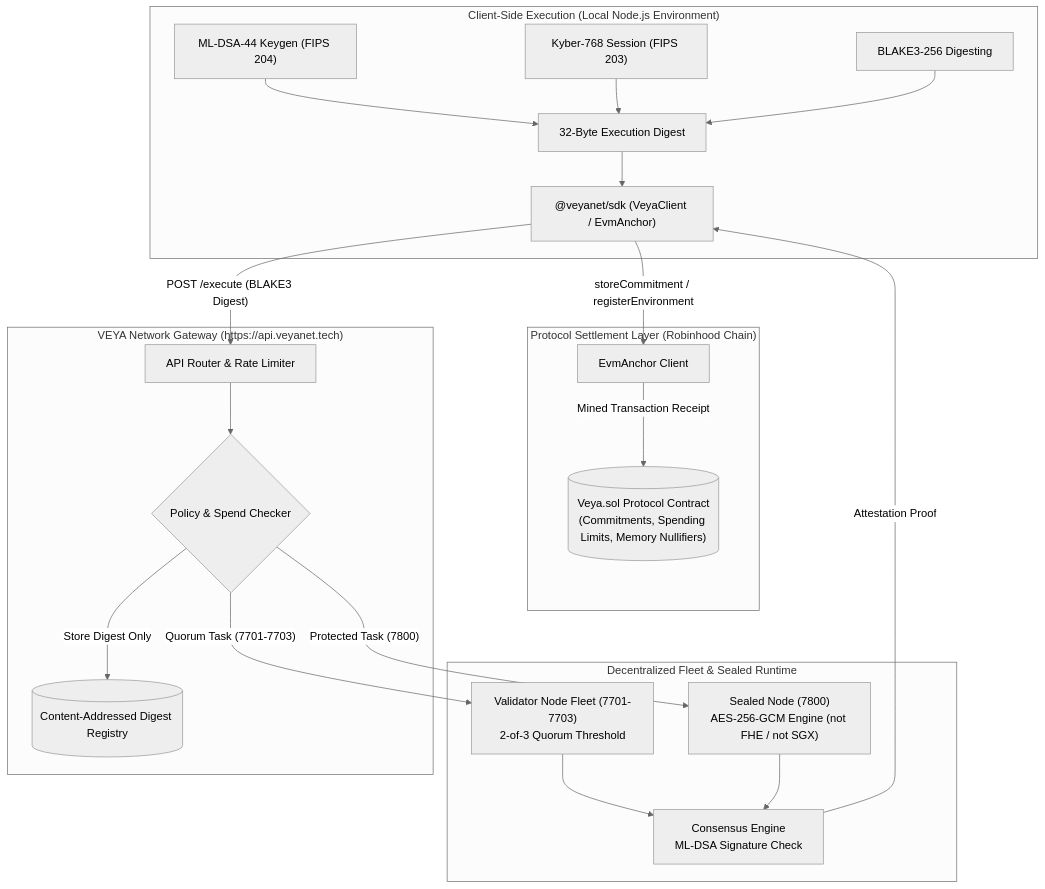
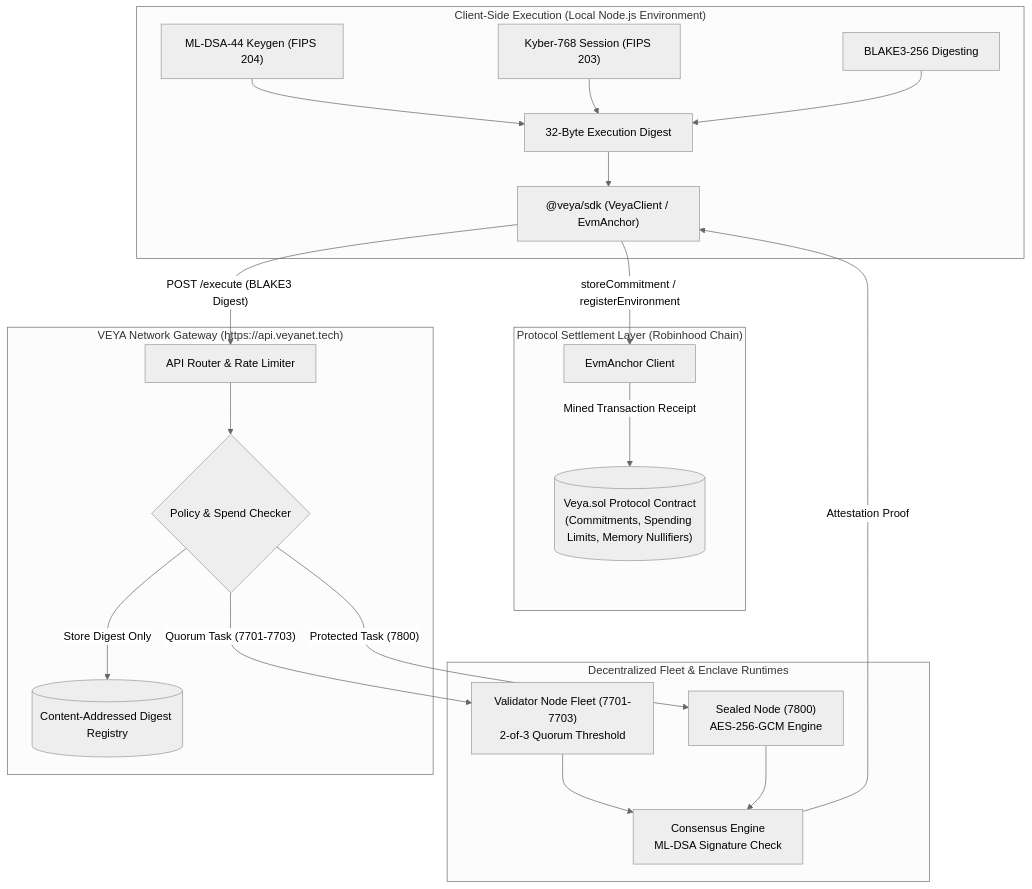
The diagram in README.md (veyanet/veya-sdk), drawn with Mermaid (neutral theme) before and after one commit. The commit also changed other lines of this file, not shown here.

Commit message:
docs: refresh readme for 1.2.2 robinhood sdk

````diff
--- a/README.md
+++ b/README.md
@@ -84,52 +81,52 @@
 ```mermaid
 flowchart TB
     subgraph ClientSpace["Client-Side Execution (Local Node.js Environment)"]
         PQGen["ML-DSA-44 Keygen (FIPS 204)"]
         KyberGen["Kyber-768 Session (FIPS 203)"]
         BLAKE3Engine["BLAKE3-256 Digesting"]
         StateDigest["32-Byte Execution Digest"]
         
-        SDK["@veyanet/sdk (VeyaClient / EvmAnchor)"]
+        SDK["@veya/sdk (VeyaClient / EvmAnchor)"]
     end
 
     subgraph APIBoundary["VEYA Network Gateway (https://api.veyanet.tech)"]
         Gateway["API Router & Rate Limiter"]
         PolicyCheck{"Policy & Spend Checker"}
         StateDB[("Content-Addressed Digest Registry")]
     end
 
-    subgraph ComputeBoundary["Decentralized Fleet & Sealed Runtime"]
+    subgraph ComputeBoundary["Decentralized Fleet & Enclave Runtimes"]
         ValidatorFleet["Validator Node Fleet (7701-7703)\n2-of-3 Quorum Threshold"]
-        SealedNode["Sealed Node (7800)\nAES-256-GCM Engine (not FHE / not SGX)"]
+        SealedNode["Sealed Node (7800)\nAES-256-GCM Engine"]
         ConsensusEngine["Consensus Engine\nML-DSA Signature Check"]
     end
 
     subgraph Blockchain["Protocol Settlement Layer (Robinhood Chain)"]
         EvmAnchor["EvmAnchor Client"]
         ProtocolContract[("Veya.sol Protocol Contract\n(Commitments, Spending Limits, Memory Nullifiers)")]
     end
 
     %% Cryptographic Setup
     PQGen --> StateDigest
     KyberGen --> StateDigest
     BLAKE3Engine --> StateDigest
 
     %% SDK Dispatch
     StateDigest --> SDK
     
     %% API Requests
     SDK -->|"POST /execute (BLAKE3 Digest)"| Gateway
     Gateway --> PolicyCheck
     PolicyCheck -->|"Store Digest Only"| StateDB
 
     %% Compute Execution
     PolicyCheck -->|"Quorum Task (7701-7703)"| ValidatorFleet
     PolicyCheck -->|"Protected Task (7800)"| SealedNode
     ValidatorFleet --> ConsensusEngine
     SealedNode --> ConsensusEngine
 
     %% Settlement
     ConsensusEngine -->|"Attestation Proof"| SDK
     SDK -->|"storeCommitment / registerEnvironment"| EvmAnchor
     EvmAnchor -->|"Mined Transaction Receipt"| ProtocolContract
 ```
````
